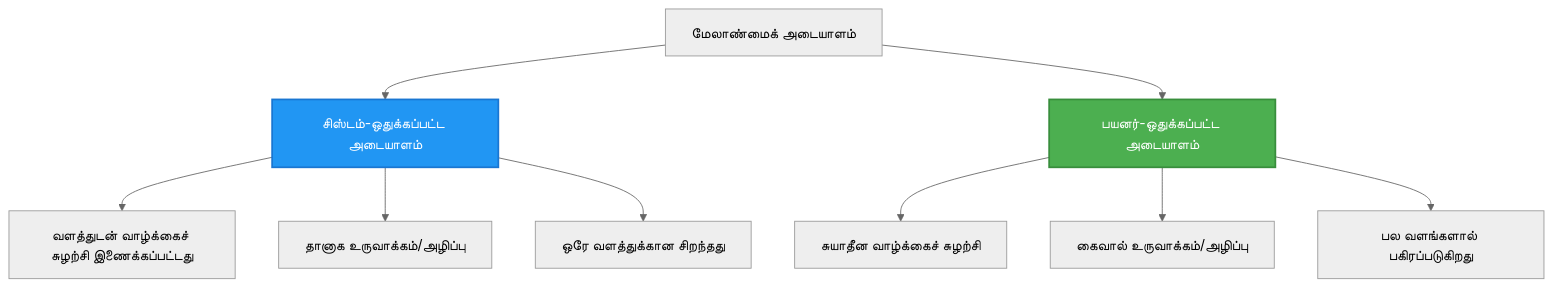
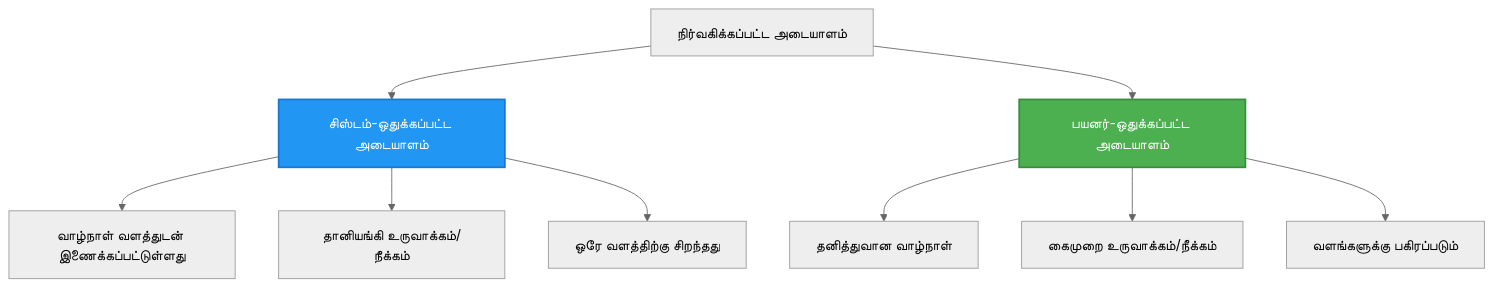
The second of 2 diagrams in translations/ta/docs/chapter-03-configuration/authsecurity.md (microsoft/AZD-for-beginners), drawn with Mermaid (neutral theme) before and after one commit. The commit also changed other lines of this file and 104 other files, not shown here.

````diff
--- a/translations/ta/docs/chapter-03-configuration/authsecurity.md
+++ b/translations/ta/docs/chapter-03-configuration/authsecurity.md
@@ -97,20 +98,20 @@
 ```mermaid
 graph TB
-    MI[மேலாண்மைக் அடையாளம்]
+    MI[நிர்வகிக்கப்பட்ட அடையாளம்]
     SystemAssigned[சிஸ்டம்-ஒதுக்கப்பட்ட அடையாளம்]
     UserAssigned[பயனர்-ஒதுக்கப்பட்ட அடையாளம்]
     
     MI --> SystemAssigned
     MI --> UserAssigned
     
-    SystemAssigned --> SA1[வளத்துடன் வாழ்க்கைச் சுழற்சி இணைக்கப்பட்டது]
-    SystemAssigned --> SA2[தானாக உருவாக்கம்/அழிப்பு]
-    SystemAssigned --> SA3[ஒரே வளத்துக்கான சிறந்தது]
+    SystemAssigned --> SA1[வாழ்நாள் வளத்துடன் இணைக்கப்பட்டுள்ளது]
+    SystemAssigned --> SA2[தானியங்கி உருவாக்கம்/நீக்கம்]
+    SystemAssigned --> SA3[ஒரே வளத்திற்கு சிறந்தது]
     
-    UserAssigned --> UA1[சுயாதீன வாழ்க்கைச் சுழற்சி]
-    UserAssigned --> UA2[கைவால் உருவாக்கம்/அழிப்பு]
-    UserAssigned --> UA3[பல வளங்களால் பகிரப்படுகிறது]
+    UserAssigned --> UA1[தனித்துவான வாழ்நாள்]
+    UserAssigned --> UA2[கைமுறை உருவாக்கம்/நீக்கம்]
+    UserAssigned --> UA3[வளங்களுக்கு பகிரப்படும்]
     
     style SystemAssigned fill:#2196F3,stroke:#1976D2,stroke-width:2px,color:#fff
     style UserAssigned fill:#4CAF50,stroke:#388E3C,stroke-width:2px,color:#fff
 ```
````
